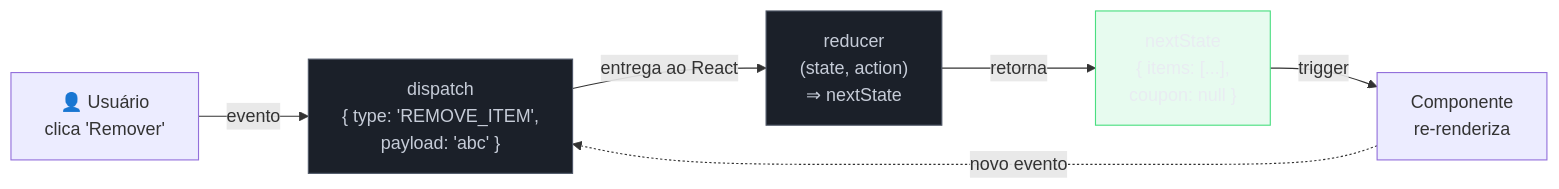
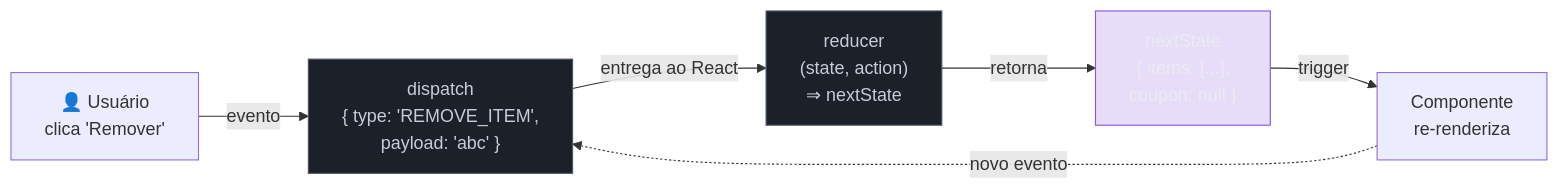
The first of 2 diagrams in 03-Dominios/Tecnologia/React/React core/12 - useReducer e estado complexo.md (josenaldo/codex-technomanticus), drawn with Mermaid before and after one commit. The commit also changed 601 other files, not shown here.

````diff
--- a/03-Dominios/Tecnologia/React/React core/12 - useReducer e estado complexo.md
+++ b/03-Dominios/Tecnologia/React/React core/12 - useReducer e estado complexo.md
@@ -225,20 +225,20 @@
 ```mermaid
 flowchart LR
+    classDef marca fill:#8855DF33,stroke:#8855DF,color:#E9ECF2
     classDef neutro fill:#1B2029,stroke:#4E5666,color:#C6CCD8
-    classDef ok fill:#4ADE8021,stroke:#4ADE80,color:#E9ECF2
     U["👤 Usuário\nclica 'Remover'"]
     D["dispatch\n{ type: 'REMOVE_ITEM',\n  payload: 'abc' }"]
     R["reducer\n(state, action)\n⇒ nextState"]
     S["nextState\n{ items: [...],\n  coupon: null }"]
     C["Componente\nre-renderiza"]
 
     U -->|evento| D
     D -->|entrega ao React| R
     R -->|retorna| S
     S -->|trigger| C
     C -.->|novo evento| D
 
     class D neutro
     class R neutro
-    class S ok
+    class S marca
 ```
````
